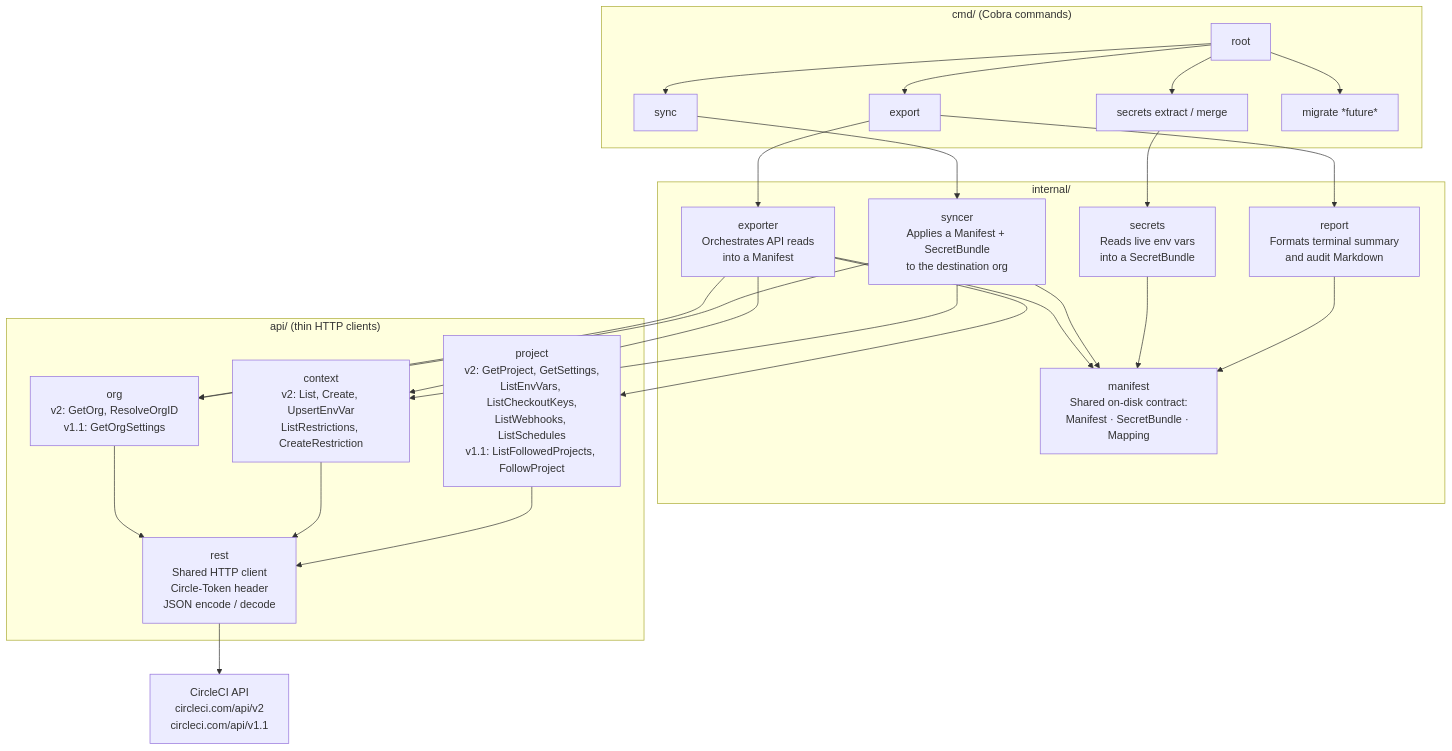
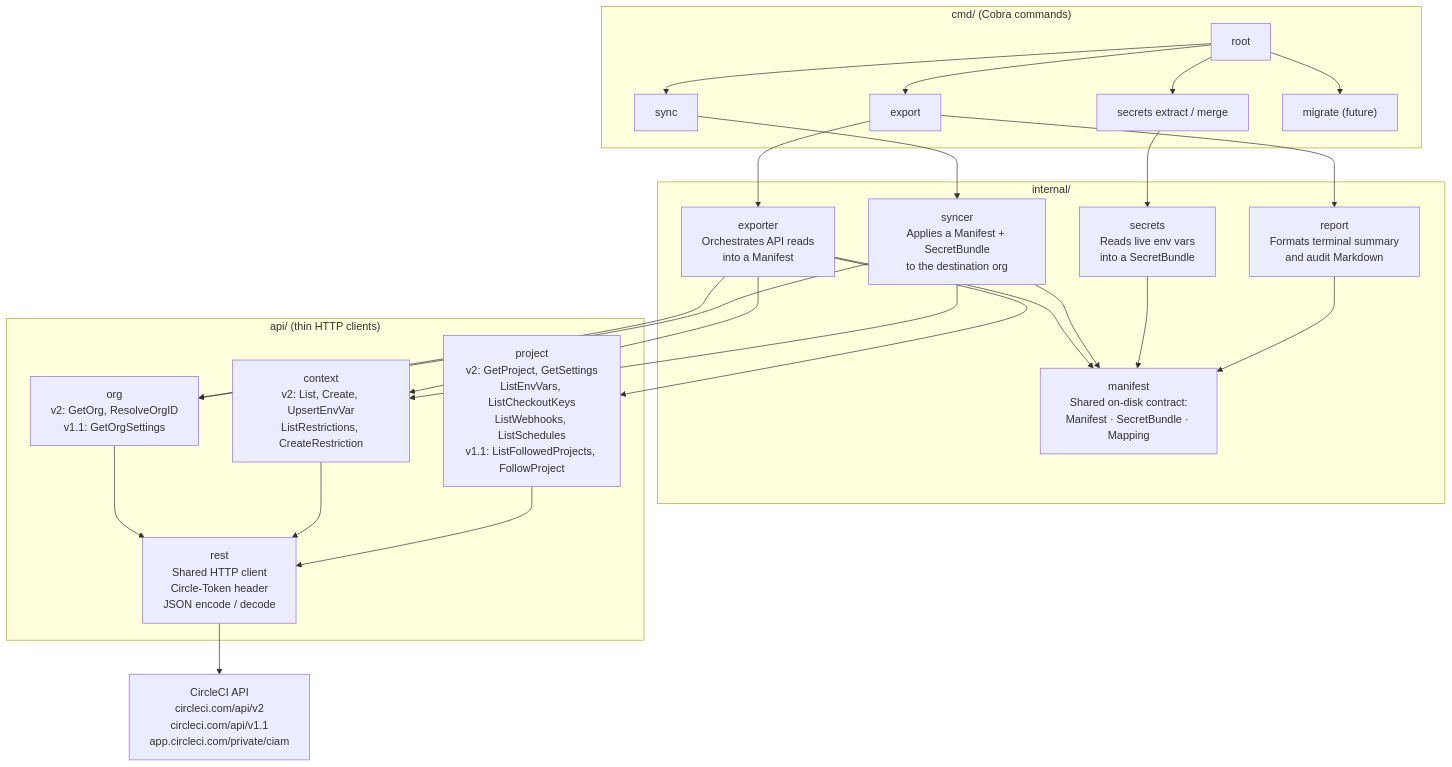
One commit to AwesomeCICD/circleci-org-migration-cli changed the first of 4 diagrams in docs/architecture.md. Above: the diagram before and after it, drawn with Mermaid. The commit also changed other lines of this file and 2 other files, not shown here.

First line of the commit message:
docs: customer-facing README with badges; fix GitHub Mermaid rendering

````diff
--- a/docs/architecture.md
+++ b/docs/architecture.md
@@ -10,56 +10,56 @@
 ```mermaid
 graph TD
     subgraph cmd ["cmd/ (Cobra commands)"]
         ROOT[root]
         EXPORT[export]
-        SECRETS_CMD[secrets extract / merge]
+        SECRETS_CMD["secrets extract / merge"]
         SYNC[sync]
-        MIGRATE[migrate *future*]
+        MIGRATE["migrate (future)"]
     end
 
     subgraph internal ["internal/"]
-        EXPORTER[exporter\nOrchestrates API reads\ninto a Manifest]
-        SYNCER[syncer\nApplies a Manifest + SecretBundle\nto the destination org]
-        SECRETS_PKG[secrets\nReads live env vars\ninto a SecretBundle]
-        REPORT[report\nFormats terminal summary\nand audit Markdown]
-        MANIFEST[manifest\nShared on-disk contract:\nManifest · SecretBundle · Mapping]
+        EXPORTER["exporter<br/>Orchestrates API reads<br/>into a Manifest"]
+        SYNCER["syncer<br/>Applies a Manifest + SecretBundle<br/>to the destination org"]
+        SECRETS_PKG["secrets<br/>Reads live env vars<br/>into a SecretBundle"]
+        REPORT["report<br/>Formats terminal summary<br/>and audit Markdown"]
+        MANIFEST["manifest<br/>Shared on-disk contract:<br/>Manifest · SecretBundle · Mapping"]
     end
 
     subgraph api ["api/ (thin HTTP clients)"]
-        ORG_API[org\nv2: GetOrg, ResolveOrgID\nv1.1: GetOrgSettings]
-        CTX_API[context\nv2: List, Create, UpsertEnvVar\nListRestrictions, CreateRestriction]
-        PROJ_API[project\nv2: GetProject, GetSettings,\nListEnvVars, ListCheckoutKeys,\nListWebhooks, ListSchedules\nv1.1: ListFollowedProjects, FollowProject]
-        REST[rest\nShared HTTP client\nCircle-Token header\nJSON encode / decode]
+        ORG_API["org<br/>v2: GetOrg, ResolveOrgID<br/>v1.1: GetOrgSettings"]
+        CTX_API["context<br/>v2: List, Create, UpsertEnvVar<br/>ListRestrictions, CreateRestriction"]
+        PROJ_API["project<br/>v2: GetProject, GetSettings<br/>ListEnvVars, ListCheckoutKeys<br/>ListWebhooks, ListSchedules<br/>v1.1: ListFollowedProjects, FollowProject"]
+        REST["rest<br/>Shared HTTP client<br/>Circle-Token header<br/>JSON encode / decode"]
     end
 
-    CIRCLE_API["CircleCI API\ncircleci.com/api/v2\ncircleci.com/api/v1.1"]
+    CIRCLE_API["CircleCI API<br/>circleci.com/api/v2<br/>circleci.com/api/v1.1<br/>app.circleci.com/private/ciam"]
 
     ROOT --> EXPORT
     ROOT --> SECRETS_CMD
     ROOT --> SYNC
     ROOT --> MIGRATE
 
     EXPORT --> EXPORTER
     EXPORT --> REPORT
     SECRETS_CMD --> SECRETS_PKG
     SYNC --> SYNCER
 
     EXPORTER --> ORG_API
     EXPORTER --> CTX_API
     EXPORTER --> PROJ_API
     EXPORTER --> MANIFEST
 
     SYNCER --> ORG_API
     SYNCER --> CTX_API
     SYNCER --> MANIFEST
 
     SECRETS_PKG --> MANIFEST
 
     REPORT --> MANIFEST
 
     ORG_API --> REST
     CTX_API --> REST
     PROJ_API --> REST
 
     REST --> CIRCLE_API
 ```
````
